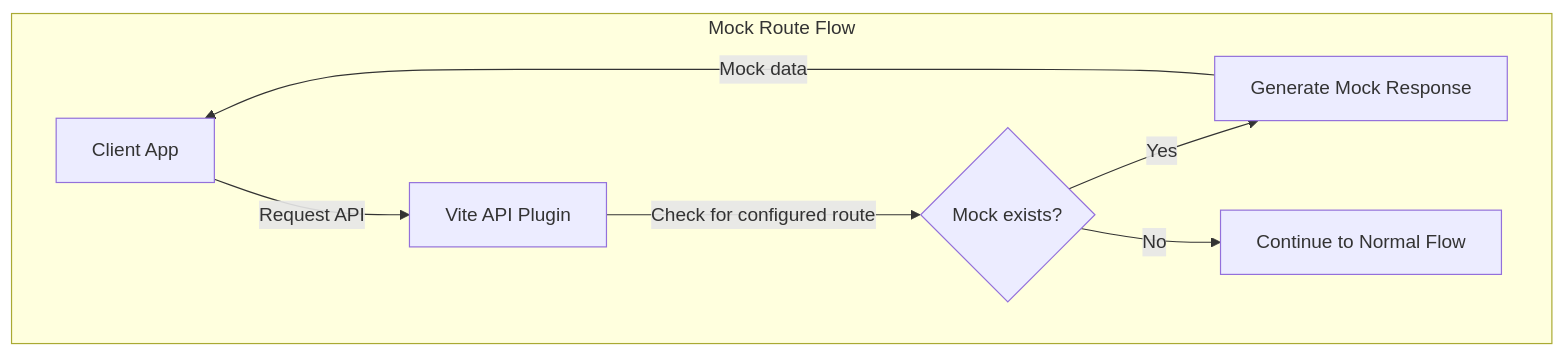
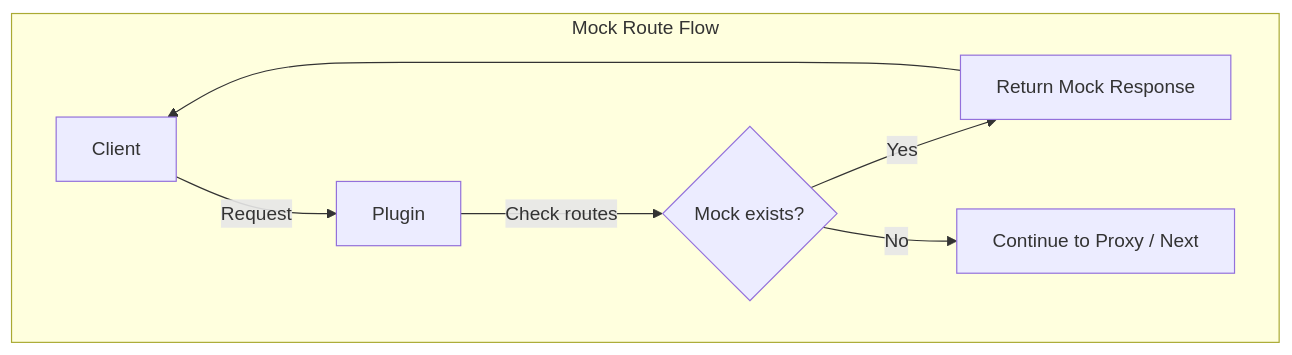
The third of 3 diagrams in packages/vite-plugins/api-service/README.md (equinor/fusion-framework), drawn with Mermaid before and after one commit. The commit also changed other lines of this file and 7 other files, not shown here.

Commit message:
docs(vite-plugin-api-service): hone TSDoc and README documentation

````diff
--- a/packages/vite-plugins/api-service/README.md
+++ b/packages/vite-plugins/api-service/README.md
@@ -79,10 +102,10 @@
 ```mermaid
 flowchart TD
-  subgraph "Mock Route Flow"
-      MOCK1[Client App] -->| Request API | MOCK2[Vite API Plugin]
-      MOCK2 -->| Check for configured route| MOCK3{Mock exists?}
-      MOCK3 -->|Yes| MOCK4[Generate Mock Response]
-      MOCK3 -->|No| MOCK5[Continue to Normal Flow]
-      MOCK4 -->| Mock data| MOCK1
-  end
+    subgraph "Mock Route Flow"
+        M1[Client] -->|Request| M2[Plugin]
+        M2 -->|Check routes| M3{Mock exists?}
+        M3 -->|Yes| M4[Return Mock Response]
+        M3 -->|No| M5[Continue to Proxy / Next]
+        M4 --> M1
+    end
 ```
````
